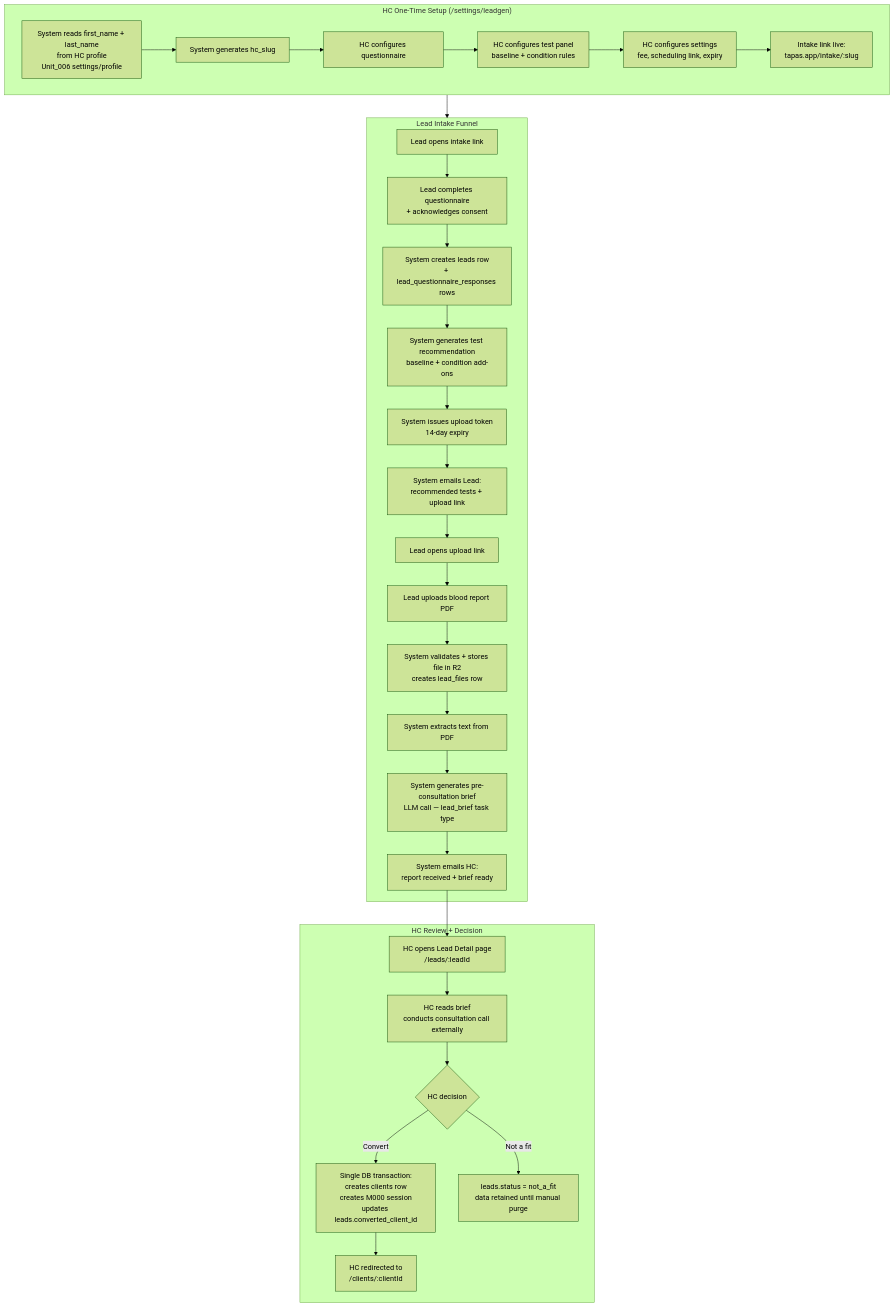
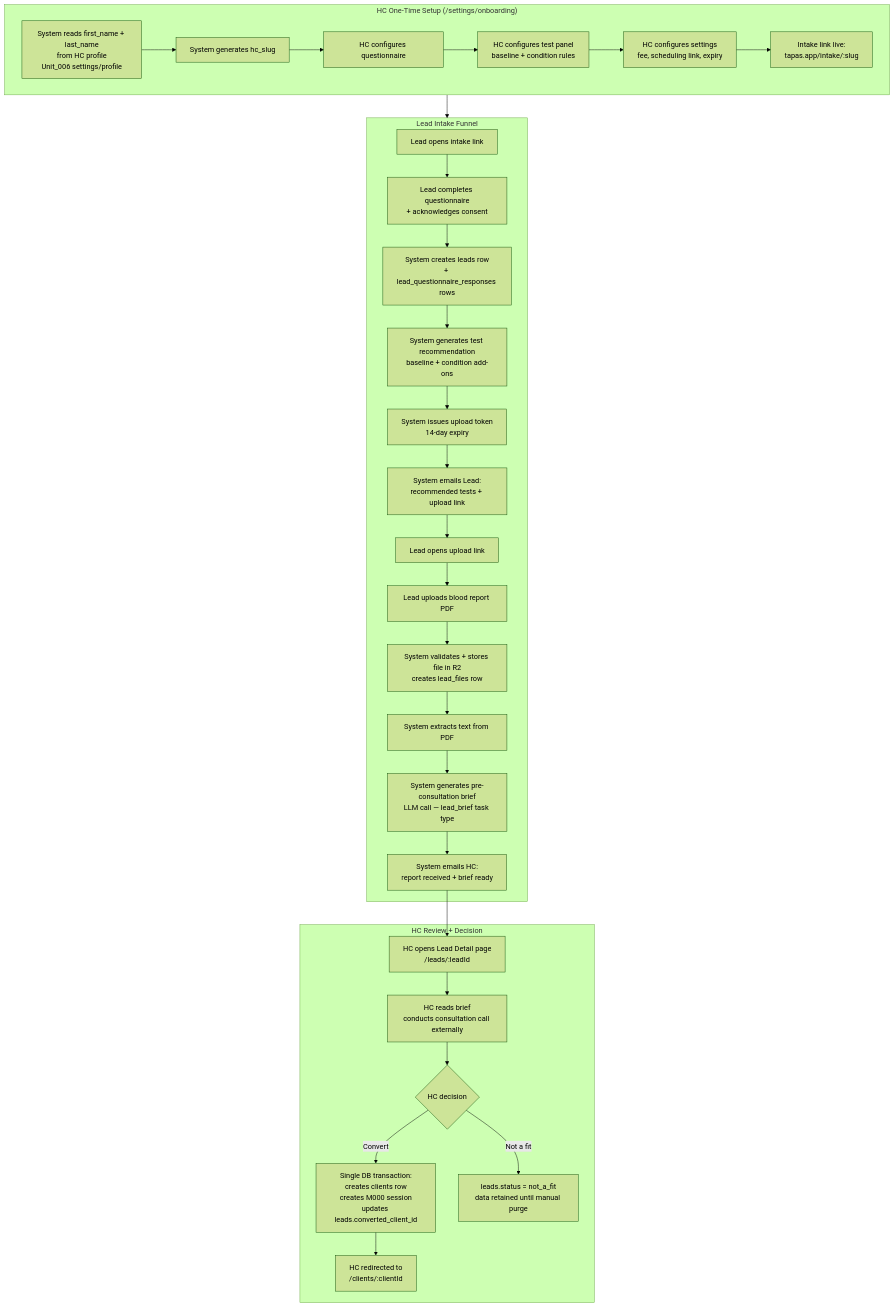
One commit to nidhicj/HealthCoach_Platform changed the diagram in docs/specs/Unit_003_ClientDiscoveryPipeline/SPEC-0001-client-discovery-pipeline.md. Above: the diagram before and after it, drawn with Mermaid (forest theme). The commit also changed other lines of this file and 8 other files, not shown here.

First line of the commit message:
refactor(leadgen): move HC setup page into Unit_006's Settings hub

````diff
--- a/docs/specs/Unit_003_ClientDiscoveryPipeline/SPEC-0001-client-discovery-pipeline.md
+++ b/docs/specs/Unit_003_ClientDiscoveryPipeline/SPEC-0001-client-discovery-pipeline.md
@@ -77,35 +89,35 @@
 ```mermaid
 flowchart TD
-    subgraph Setup["HC One-Time Setup (/settings/leadgen)"]
+    subgraph Setup["HC One-Time Setup (/settings/onboarding)"]
         S1[System reads first_name + last_name\nfrom HC profile\nUnit_006 settings/profile] --> S2[System generates hc_slug]
         S2 --> S3[HC configures questionnaire]
         S3 --> S4[HC configures test panel\nbaseline + condition rules]
         S4 --> S5[HC configures settings\nfee, scheduling link, expiry]
         S5 --> S6[Intake link live:\ntapas.app/intake/:slug]
     end
 
     subgraph Funnel["Lead Intake Funnel"]
         F1[Lead opens intake link] --> F2[Lead completes questionnaire\n+ acknowledges consent]
         F2 --> F3[System creates leads row\n+ lead_questionnaire_responses rows]
         F3 --> F4[System generates test recommendation\nbaseline + condition add-ons]
         F4 --> F5[System issues upload token\n14-day expiry]
         F5 --> F6[System emails Lead:\nrecommended tests + upload link]
         F6 --> F7[Lead opens upload link]
         F7 --> F8[Lead uploads blood report PDF]
         F8 --> F9[System validates + stores file in R2\ncreates lead_files row]
         F9 --> F10[System extracts text from PDF]
         F10 --> F11[System generates pre-consultation brief\nLLM call — lead_brief task type]
         F11 --> F12[System emails HC:\nreport received + brief ready]
     end
 
     subgraph Review["HC Review + Decision"]
         F12 --> R1[HC opens Lead Detail page\n/leads/:leadId]
         R1 --> R2[HC reads brief\nconducts consultation call externally]
         R2 --> R3{HC decision}
         R3 -->|Convert| R4[Single DB transaction:\ncreates clients row\ncreates M000 session\nupdates leads.converted_client_id]
         R4 --> R5[HC redirected to\n/clients/:clientId]
         R3 -->|Not a fit| R6[leads.status = not_a_fit\ndata retained until manual purge]
     end
 
     Setup --> Funnel
 ```
````
